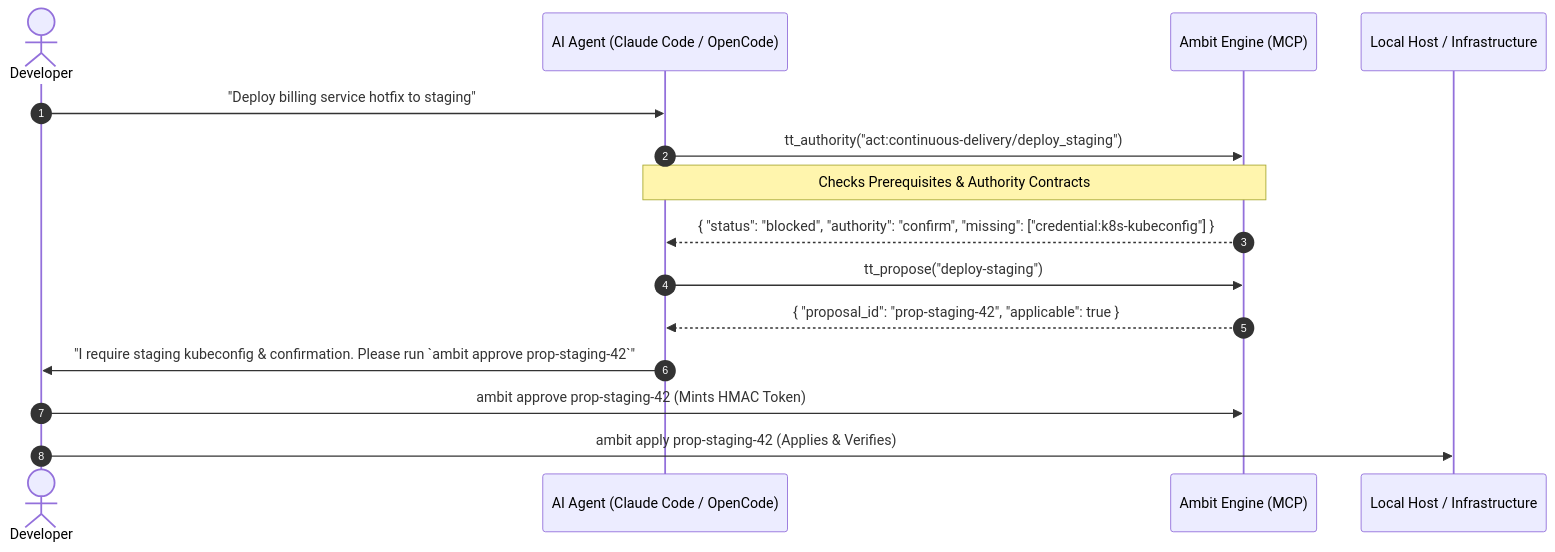
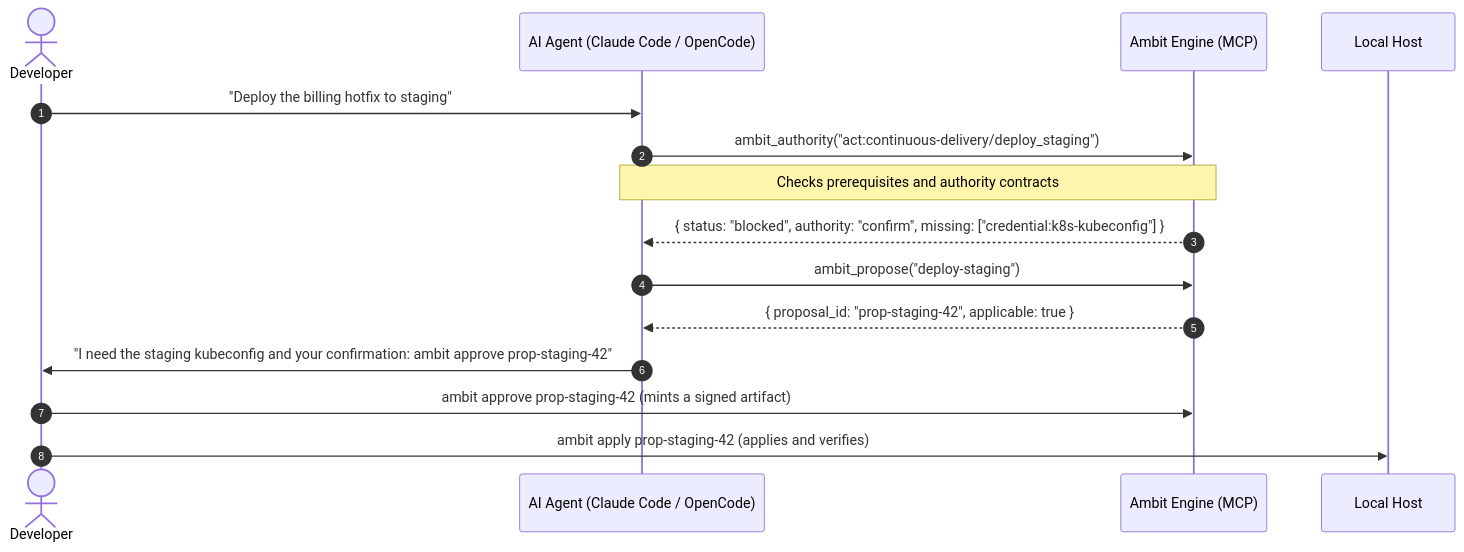
One commit to zz-plant/ambit changed the diagram in README.md. Above: the diagram before and after it, drawn with Mermaid. The commit also changed other lines of this file and 5 other files, not shown here.

First line of the commit message:
docs: correct what the docs now describe, and move the roadmap out of the root

````diff
--- a/README.md
+++ b/README.md
@@ -97,18 +172,18 @@
 ```mermaid
 sequenceDiagram
     autonumber
     actor Developer
     participant Agent as AI Agent (Claude Code / OpenCode)
     participant Ambit as Ambit Engine (MCP)
-    participant Host as Local Host / Infrastructure
+    participant Host as Local Host
 
-    Developer->>Agent: "Deploy billing service hotfix to staging"
-    Agent->>Ambit: tt_authority("act:continuous-delivery/deploy_staging")
-    Note over Ambit,Agent: Checks Prerequisites & Authority Contracts
-    Ambit-->>Agent: { "status": "blocked", "authority": "confirm", "missing": ["credential:k8s-kubeconfig"] }
-    Agent->>Ambit: tt_propose("deploy-staging")
-    Ambit-->>Agent: { "proposal_id": "prop-staging-42", "applicable": true }
-    Agent->>Developer: "I require staging kubeconfig & confirmation. Please run `ambit approve prop-staging-42`"
-    Developer->>Ambit: ambit approve prop-staging-42 (Mints HMAC Token)
-    Developer->>Host: ambit apply prop-staging-42 (Applies & Verifies)
+    Developer->>Agent: "Deploy the billing hotfix to staging"
+    Agent->>Ambit: ambit_authority("act:continuous-delivery/deploy_staging")
+    Note over Ambit,Agent: Checks prerequisites and authority contracts
+    Ambit-->>Agent: { status: "blocked", authority: "confirm", missing: ["credential:k8s-kubeconfig"] }
+    Agent->>Ambit: ambit_propose("deploy-staging")
+    Ambit-->>Agent: { proposal_id: "prop-staging-42", applicable: true }
+    Agent->>Developer: "I need the staging kubeconfig and your confirmation: ambit approve prop-staging-42"
+    Developer->>Ambit: ambit approve prop-staging-42 (mints a signed artifact)
+    Developer->>Host: ambit apply prop-staging-42 (applies and verifies)
 ```
````
